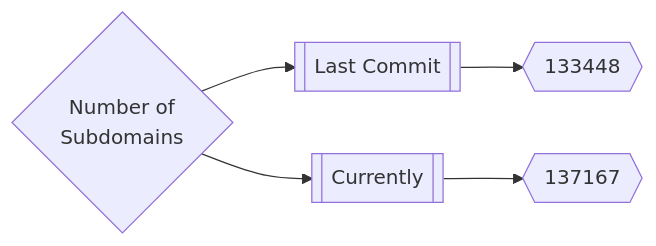
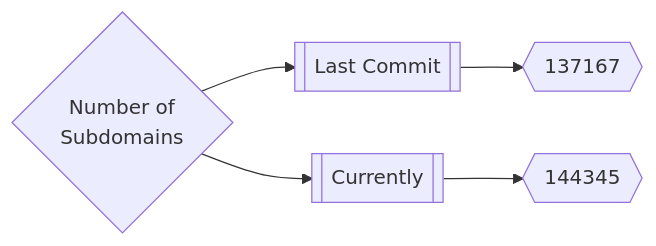
The first of 3 diagrams in README.md (trickest/inventory), drawn with Mermaid before and after one commit. The commit also changed other lines of this file and 83 other files, not shown here.

````diff
--- a/README.md
+++ b/README.md
@@ -165,5 +165,5 @@
 ```mermaid
 graph LR
-title{Number of<br>Subdomains} --> subdomainsDate1[[Last Commit]] --> subdomainsNum1{{133448}}
-title --> subdomainsDate2[[Currently]] --> subdomainsNum2{{137167}}
+title{Number of<br>Subdomains} --> subdomainsDate1[[Last Commit]] --> subdomainsNum1{{137167}}
+title --> subdomainsDate2[[Currently]] --> subdomainsNum2{{144345}}
 ```
````
